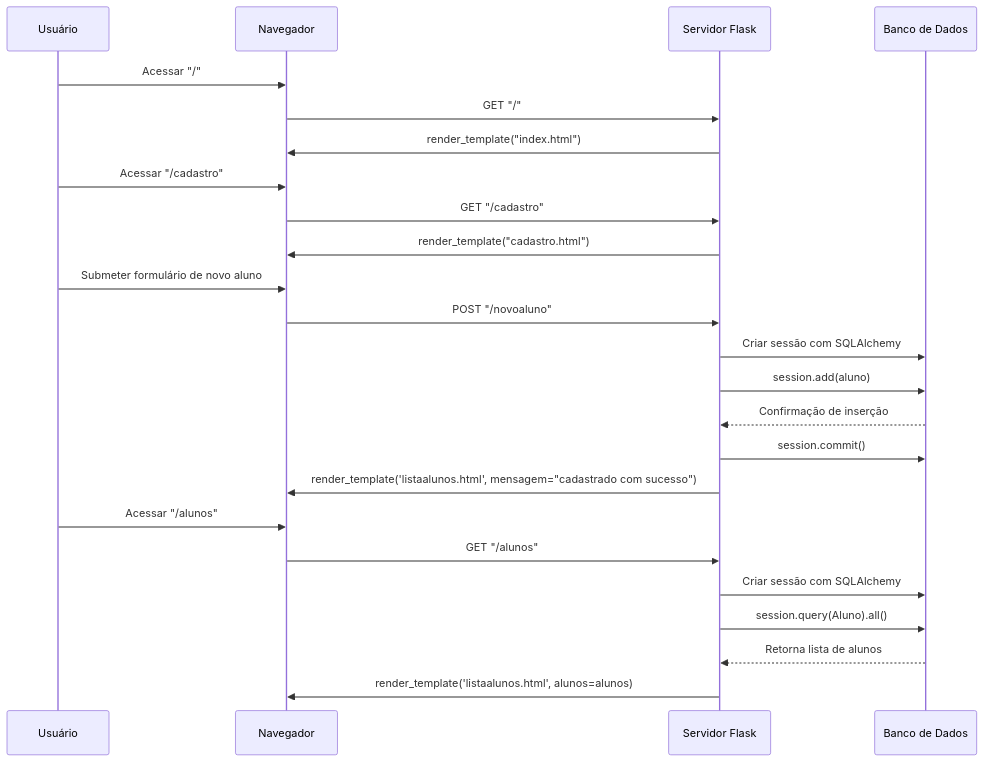
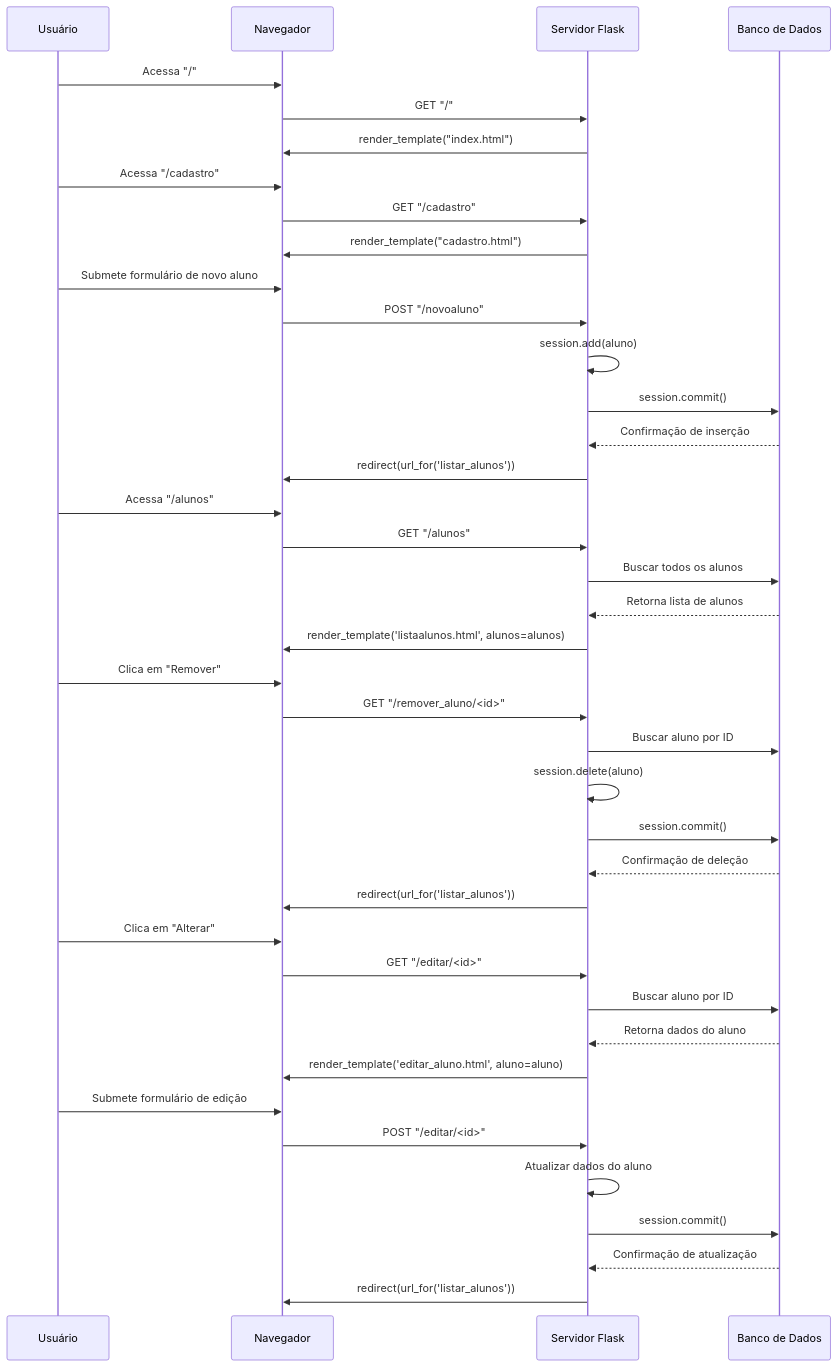
The diagram in README.md (romulosilvestre/schooltrackerv2), drawn with Mermaid before and after one commit. The commit also changed other lines of this file and 4 other files, not shown here.

````diff
--- a/README.md
+++ b/README.md
@@ -64,30 +64,49 @@
 ```mermaid
 sequenceDiagram
     participant User as Usuário
     participant Browser as Navegador
     participant Flask as Servidor Flask
     participant DB as Banco de Dados
 
-    User->>Browser: Acessar "/"
+    User->>Browser: Acessa "/"
     Browser->>Flask: GET "/"
     Flask->>Browser: render_template("index.html")
 
-    User->>Browser: Acessar "/cadastro"
+    User->>Browser: Acessa "/cadastro"
     Browser->>Flask: GET "/cadastro"
     Flask->>Browser: render_template("cadastro.html")
 
-    User->>Browser: Submeter formulário de novo aluno
+    User->>Browser: Submete formulário de novo aluno
     Browser->>Flask: POST "/novoaluno"
-    Flask->>DB: Criar sessão com SQLAlchemy
-    Flask->>DB: session.add(aluno)
+    Flask->>Flask: session.add(aluno)
+    Flask->>DB: session.commit()
     DB-->>Flask: Confirmação de inserção
-    Flask->>DB: session.commit()
-    Flask->>Browser: render_template('listaalunos.html', mensagem="cadastrado com sucesso")
+    Flask->>Browser: redirect(url_for('listar_alunos'))
 
-    User->>Browser: Acessar "/alunos"
+    User->>Browser: Acessa "/alunos"
     Browser->>Flask: GET "/alunos"
-    Flask->>DB: Criar sessão com SQLAlchemy
-    Flask->>DB: session.query(Aluno).all()
+    Flask->>DB: Buscar todos os alunos
     DB-->>Flask: Retorna lista de alunos
     Flask->>Browser: render_template('listaalunos.html', alunos=alunos)
+
+    User->>Browser: Clica em "Remover"
+    Browser->>Flask: GET "/remover_aluno/<id>"
+    Flask->>DB: Buscar aluno por ID
+    Flask->>Flask: session.delete(aluno)
+    Flask->>DB: session.commit()
+    DB-->>Flask: Confirmação de deleção
+    Flask->>Browser: redirect(url_for('listar_alunos'))
+
+    User->>Browser: Clica em "Alterar"
+    Browser->>Flask: GET "/editar/<id>"
+    Flask->>DB: Buscar aluno por ID
+    DB-->>Flask: Retorna dados do aluno
+    Flask->>Browser: render_template('editar_aluno.html', aluno=aluno)
+
+    User->>Browser: Submete formulário de edição
+    Browser->>Flask: POST "/editar/<id>"
+    Flask->>Flask: Atualizar dados do aluno
+    Flask->>DB: session.commit()
+    DB-->>Flask: Confirmação de atualização
+    Flask->>Browser: redirect(url_for('listar_alunos'))
 ```
````
